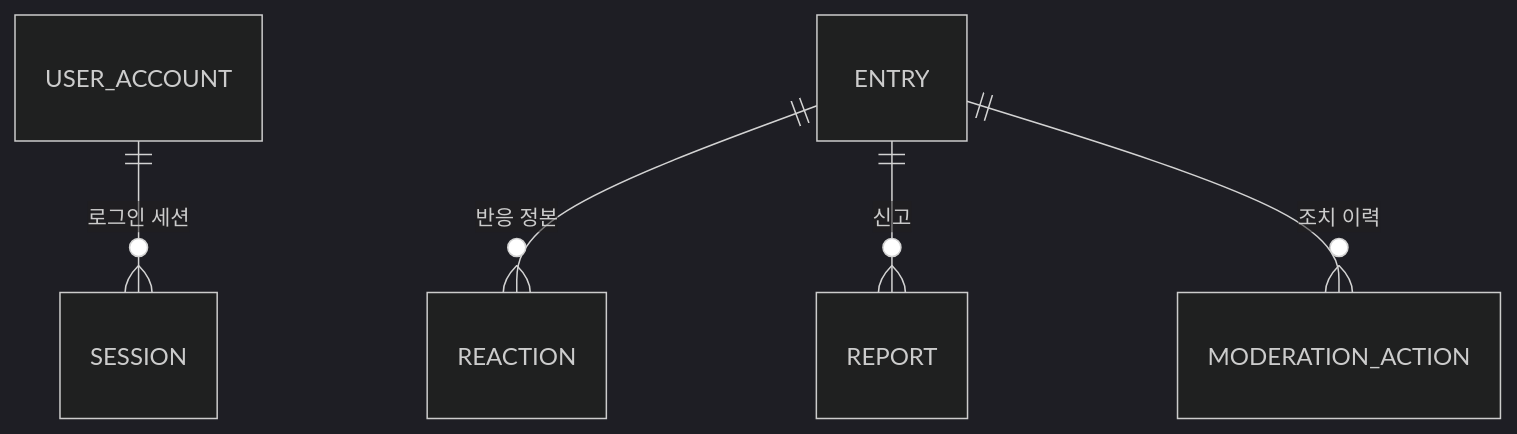
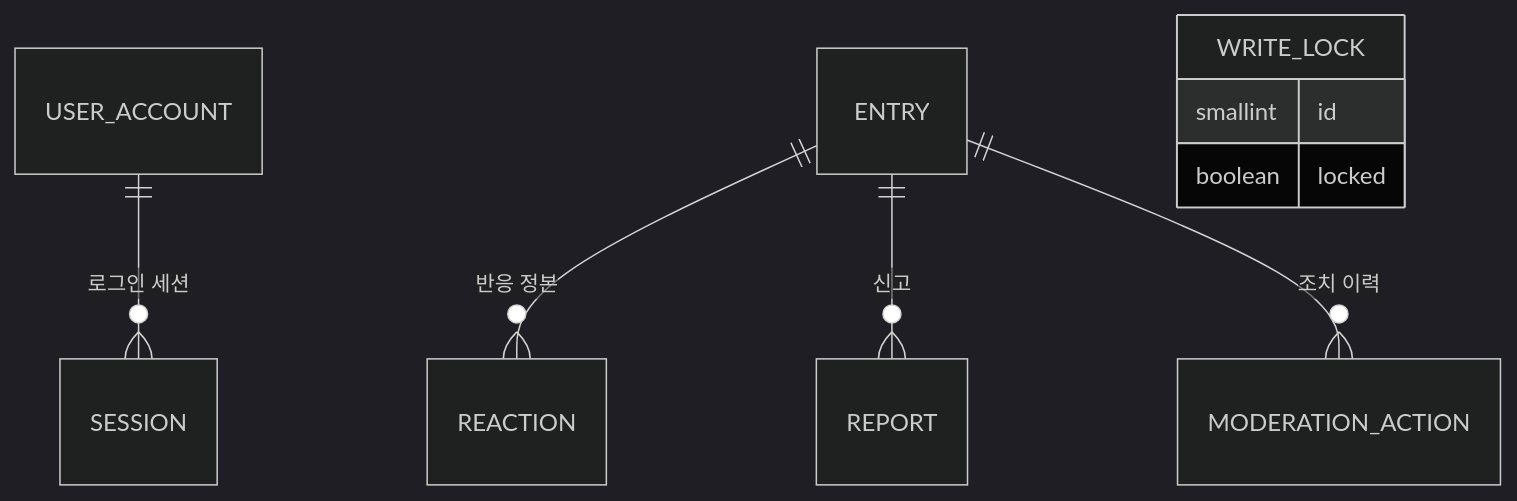
Before and after one commit to 1985jwlee/portpolio_backend: the first of 2 diagrams in docs/domains/database-schema.md, drawn with Mermaid (dark theme). The commit also changed other lines of this file and 25 other files, not shown here.

````diff
--- a/docs/domains/database-schema.md
+++ b/docs/domains/database-schema.md
@@ -254,7 +300,11 @@
 ```mermaid
 erDiagram
     USER_ACCOUNT ||--o{ SESSION : "로그인 세션"
     ENTRY ||--o{ REACTION : "반응 정본"
     ENTRY ||--o{ REPORT : "신고"
     ENTRY ||--o{ MODERATION_ACTION : "조치 이력"
+    WRITE_LOCK {
+        smallint id
+        boolean locked
+    }
 ```
````
